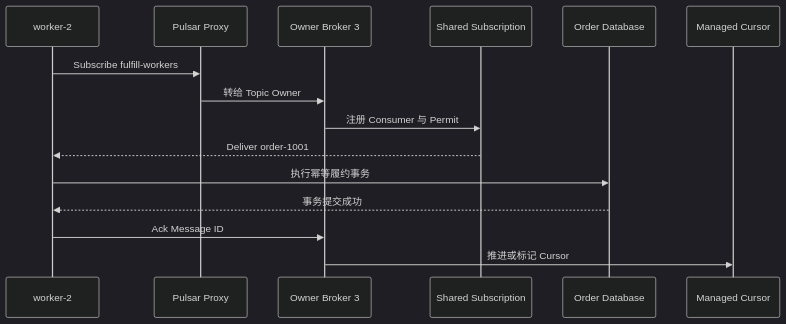
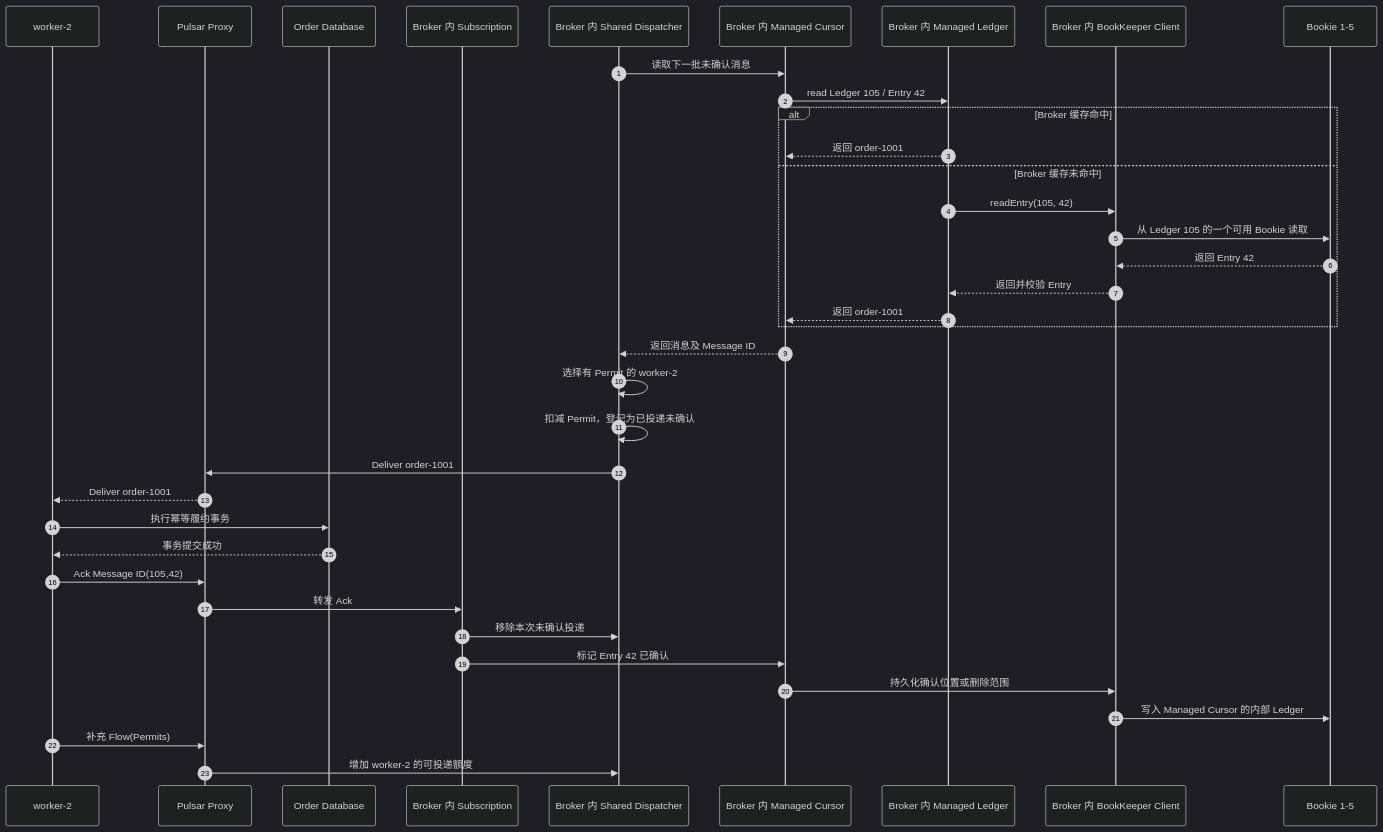
Before and after one commit to hotttao/backup: the sixth of 8 diagrams in posts/microservices/queue/031_pulsar.md, drawn with Mermaid (dark theme). The commit also changed other lines of this file and 2 other files, not shown here.

````diff
--- a/posts/microservices/queue/031_pulsar.md
+++ b/posts/microservices/queue/031_pulsar.md
@@ -223,18 +837,42 @@
 ```mermaid
 sequenceDiagram
+    autonumber
     participant W as worker-2
     participant PX as Pulsar Proxy
-    participant B as Owner Broker 3
-    participant S as Shared Subscription
     participant DB as Order Database
-    participant C as Managed Cursor
+    participant S as Broker 内 Subscription
+    participant D as Broker 内 Shared Dispatcher
+    participant C as Broker 内 Managed Cursor
+    participant ML as Broker 内 Managed Ledger
+    participant BK as Broker 内 BookKeeper Client
+    participant BS as Bookie 1-5
 
-    W->>PX: Subscribe fulfill-workers
-    PX->>B: 转给 Topic Owner
-    B->>S: 注册 Consumer 与 Permit
-    S-->>W: Deliver order-1001
+    D->>C: 读取下一批未确认消息
+    C->>ML: read Ledger 105 / Entry 42
+    alt Broker 缓存命中
+        ML-->>C: 返回 order-1001
+    else Broker 缓存未命中
+        ML->>BK: readEntry(105, 42)
+        BK->>BS: 从 Ledger 105 的一个可用 Bookie 读取
+        BS-->>BK: 返回 Entry 42
+        BK-->>ML: 返回并校验 Entry
+        ML-->>C: 返回 order-1001
+    end
+
+    C-->>D: 返回消息及 Message ID
+    D->>D: 选择有 Permit 的 worker-2
+    D->>D: 扣减 Permit，登记为已投递未确认
+    D->>PX: Deliver order-1001
+    PX-->>W: Deliver order-1001
+
     W->>DB: 执行幂等履约事务
     DB-->>W: 事务提交成功
-    W->>B: Ack Message ID
-    B->>C: 推进或标记 Cursor
+    W->>PX: Ack Message ID(105,42)
+    PX->>S: 转发 Ack
+    S->>D: 移除本次未确认投递
+    S->>C: 标记 Entry 42 已确认
+    C->>BK: 持久化确认位置或删除范围
+    BK->>BS: 写入 Managed Cursor 的内部 Ledger
+    W->>PX: 补充 Flow(Permits)
+    PX->>D: 增加 worker-2 的可投递额度
 ```
````
